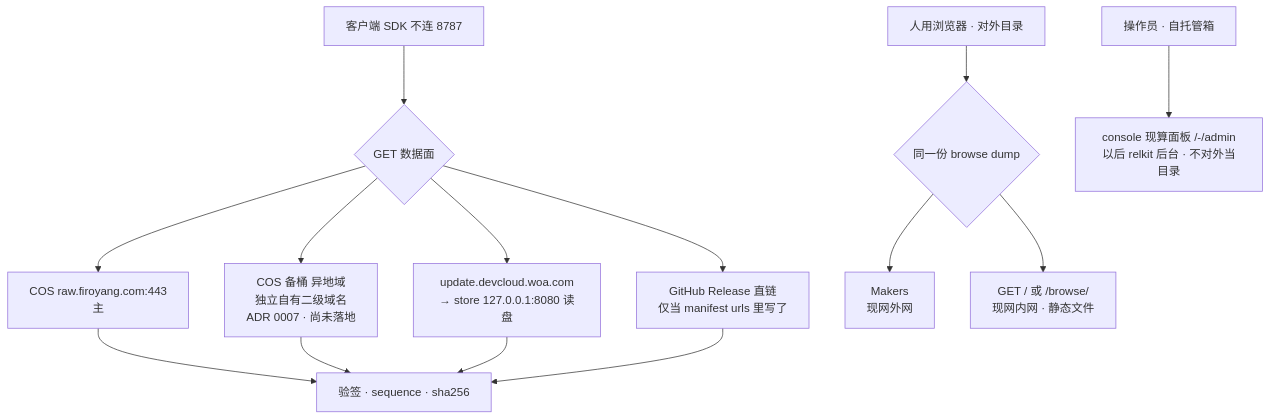
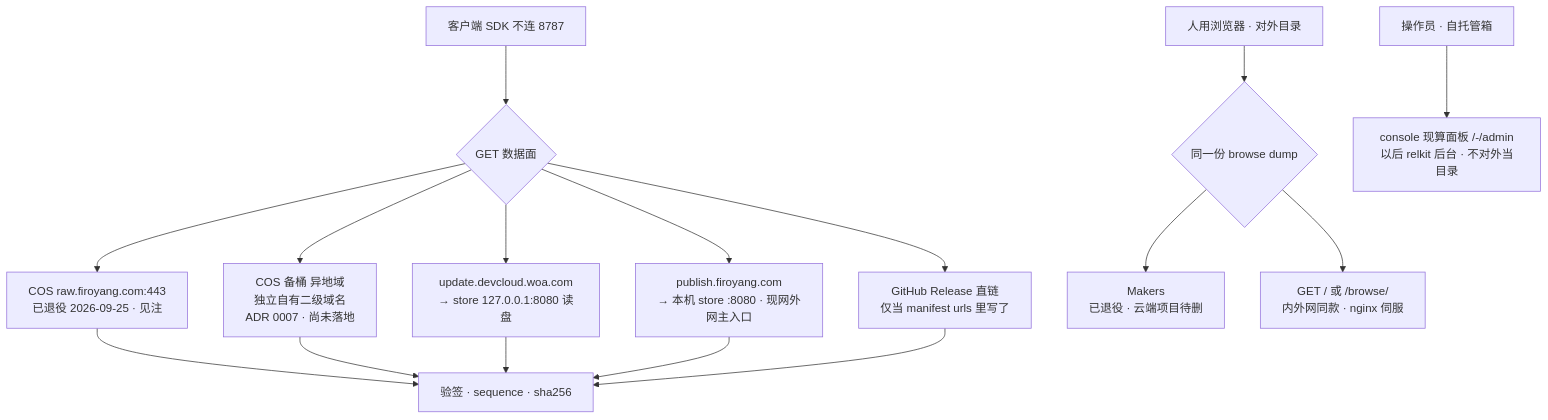
Before and after one commit to shichao402/relkit: the second of 2 diagrams in docs/design/publish-topology.md, drawn with Mermaid. The commit also changed other lines of this file, not shown here.

Commit message:
docs: public data plane moved to on-box store; Makers retired from serving path
HK CVM cannot reach the Guangzhou COS public endpoints on 443 (cross-
border link, unfixable from the box), so the public release host now
serves everything from the local relkit-store data plane (/srv/releases),
matching the intranet topology exactly: agent sinks backend:serve +
directory, nginx fronts store for anonymous GETs and capability PUTs,
update.firoyang.com serves the static site directory. A temp HK bucket
verified the HK->HK COS path end to end (5/5, bucket deleted after).
The Makers cloud project relkit-updates-index is pending deletion: the
Pages API token no longer authenticates.

````diff
--- a/docs/design/publish-topology.md
+++ b/docs/design/publish-topology.md
@@ -93,18 +95,20 @@
 ```mermaid
 flowchart TB
   sdk["客户端 SDK 不连 8787"] --> get{"GET 数据面"}
-  get --> cosGet["COS raw.firoyang.com:443<br/>主"]
+  get --> cosGet["COS raw.firoyang.com:443<br/>已退役 2026-09-25 · 见注"]
   get --> cosBackup["COS 备桶 异地域<br/>独立自有二级域名<br/>ADR 0007 · 尚未落地"]
   get --> woaGet["update.devcloud.woa.com<br/>→ store 127.0.0.1:8080 读盘"]
+  get --> pubGet["publish.firoyang.com<br/>→ 本机 store :8080 · 现网外网主入口"]
   get --> relGet["GitHub Release 直链<br/>仅当 manifest urls 里写了"]
   cosGet --> verify["验签 · sequence · sha256"]
   cosBackup --> verify
   woaGet --> verify
+  pubGet --> verify
   relGet --> verify
 
   human["人用浏览器 · 对外目录"] --> site{"同一份 browse dump"}
-  site --> makersGet["Makers<br/>现网外网"]
-  site --> pages["GET / 或 /browse/<br/>现网内网 · 静态文件"]
+  site --> makersGet["Makers<br/>已退役 · 云端项目待删"]
+  site --> pages["GET / 或 /browse/<br/>内外网同款 · nginx 伺服"]
 
     ops["操作员 · 自托管箱"] --> panel["console 现算面板 /-/admin<br/>以后 relkit 后台 · 不对外当目录"]
 ```
````
